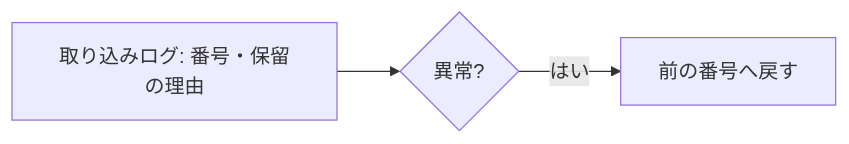
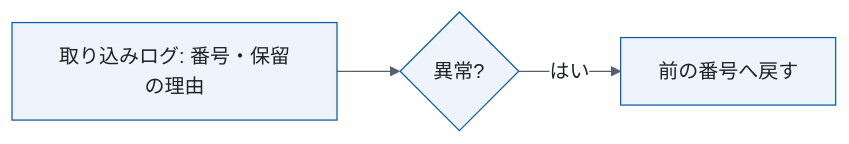
The third of 4 diagrams in decks/2026-10-01-invoice-ocr-confirm/design/operations.md (spin-glass/tool-slides), drawn with Mermaid before and after one commit. The commit also changed other lines of this file and 8 other files, not shown here.

First line of the commit message:
図の見た目をデッキにそろえる: Mermaid を PNG で描き、色と文字の1行（check_doc.py --mermaid-init）を図の先頭に置く

````diff
--- a/decks/2026-10-01-invoice-ocr-confirm/design/operations.md
+++ b/decks/2026-10-01-invoice-ocr-confirm/design/operations.md
@@ -128,5 +130,6 @@
 ```mermaid
+%%{init: {"theme": "base", "themeVariables": {"fontSize": "16px", "fontFamily": "Hiragino Sans, Noto Sans JP, sans-serif", "primaryColor": "#eef4fb", "primaryBorderColor": "#0b5cad", "primaryTextColor": "#1f2328", "lineColor": "#57606a", "edgeLabelBackground": "#ffffff", "taskBkgColor": "#eef4fb", "taskBorderColor": "#0b5cad", "taskTextColor": "#1f2328", "critBkgColor": "#b35900", "critBorderColor": "#b35900", "gridColor": "#d0d7de", "sectionBkgColor": "#ffffff"}}}%%
 flowchart LR
   L[取り込みログ: 番号・保留の理由] --> R{異常?}
   R -->|はい| B[前の番号へ戻す]
 ```
````
